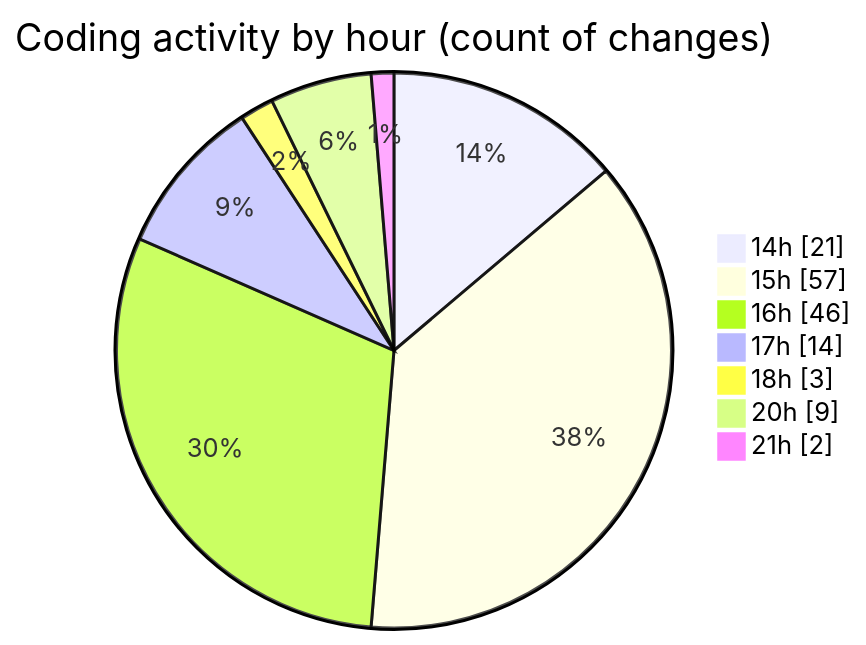
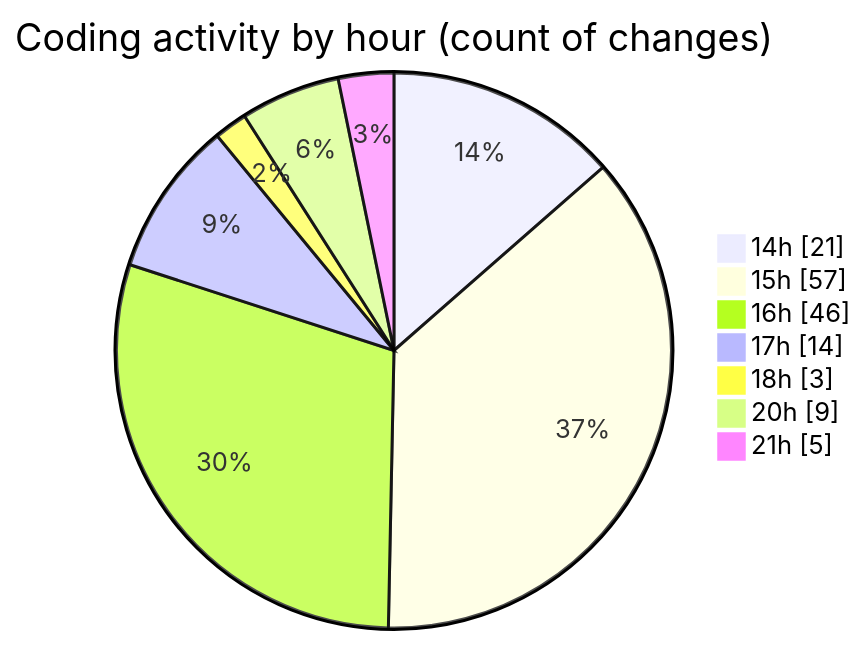
The second of 2 diagrams in 2025-05-24/projects/README.md (Ritupan-Deka/code-tracking), drawn with Mermaid before and after one commit. The commit also changed other lines of this file and 1 other file, not shown here.

````diff
--- a/2025-05-24/projects/README.md
+++ b/2025-05-24/projects/README.md
@@ -35,11 +35,11 @@
 ```mermaid
 pie showData
 title Coding activity by hour (count of changes)
 "14h" : 21
 "15h" : 57
 "16h" : 46
 "17h" : 14
 "18h" : 3
 "20h" : 9
-"21h" : 2
+"21h" : 5
 ```
````
